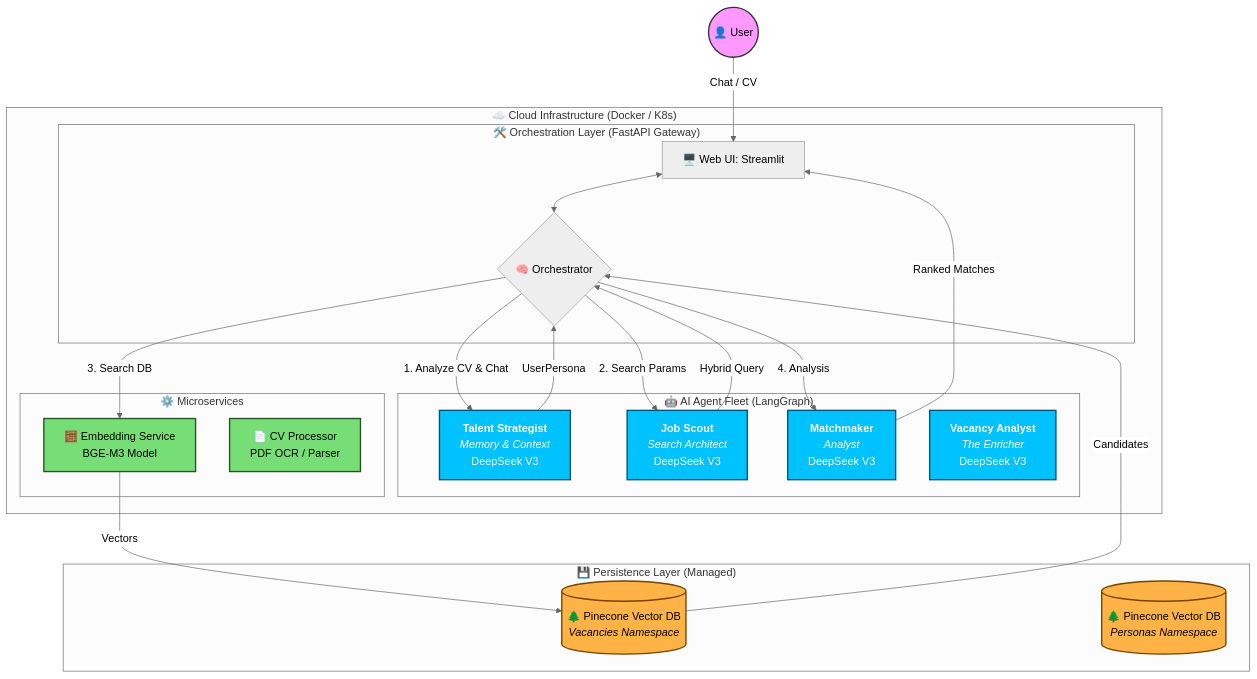
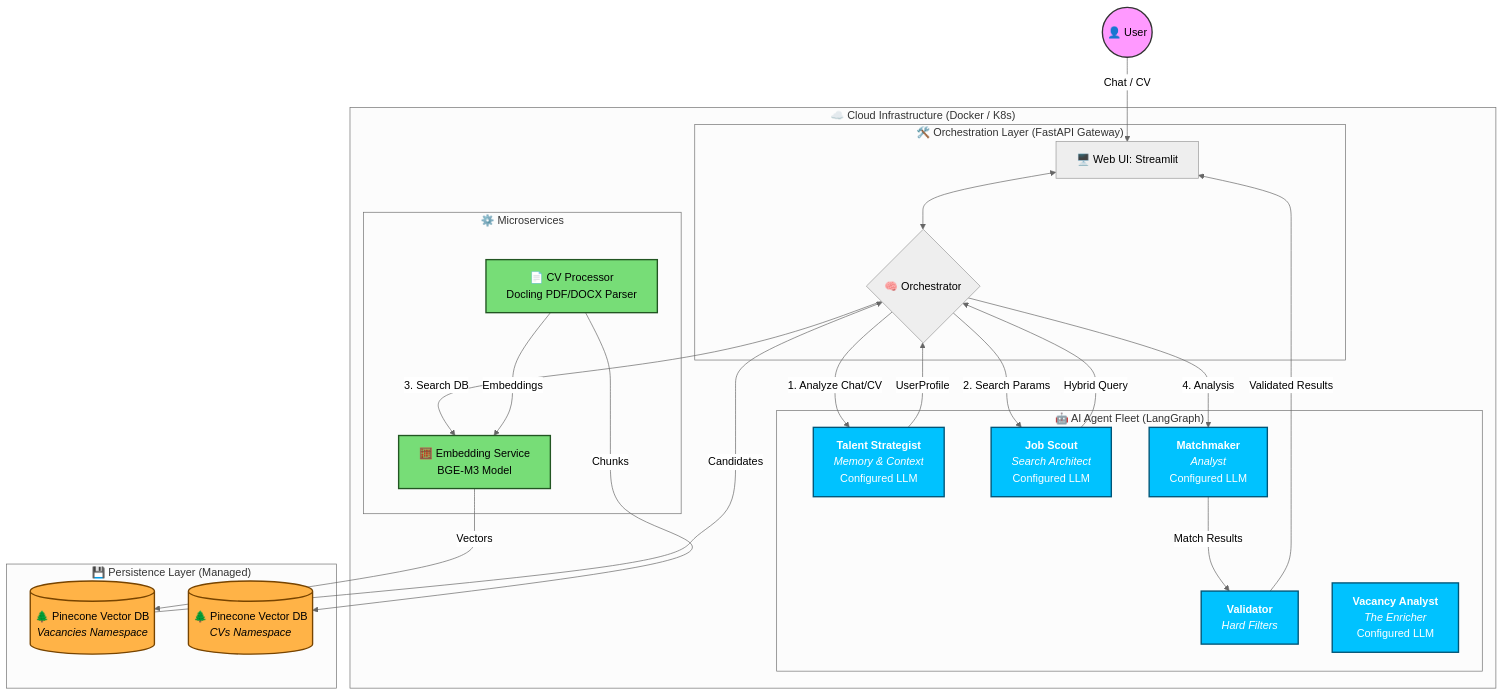
One commit to kkonst-bond-edu/funds-search changed the first of 2 diagrams in README.md. Above: the diagram before and after it, drawn with Mermaid (neutral theme). The commit also changed other lines of this file and 29 other files, not shown here.

````diff
--- a/README.md
+++ b/README.md
@@ -61,50 +68,54 @@
 ```mermaid
 graph TD
     %% Colors and Styles
     classDef user fill:#f9f,stroke:#333,stroke-width:2px;
     classDef agent fill:#00c2ff,stroke:#005577,stroke-width:2px,color:#fff;
     classDef service fill:#77dd77,stroke:#225522,stroke-width:2px;
     classDef database fill:#ffb347,stroke:#774400,stroke-width:2px;
     classDef infrastructure fill:#e1e1e1,stroke:#666,stroke-width:2px,stroke-dasharray: 5 5;
 
     %% Client Side
     USER((👤 User)):::user -->|Chat / CV| UI[🖥️ Web UI: Streamlit]
 
     subgraph "☁️ Cloud Infrastructure (Docker / K8s)"
         
         subgraph "🛠️ Orchestration Layer (FastAPI Gateway)"
             UI <--> HUB{🧠 Orchestrator}
         end
 
         %% Specialized Agents
         subgraph "🤖 AI Agent Fleet (LangGraph)"
-            TS[<b>Talent Strategist</b><br/><i>Memory & Context</i><br/>DeepSeek V3]:::agent
-            JS[<b>Job Scout</b><br/><i>Search Architect</i><br/>DeepSeek V3]:::agent
-            MM[<b>Matchmaker</b><br/><i>Analyst</i><br/>DeepSeek V3]:::agent
-            VA[<b>Vacancy Analyst</b><br/><i>The Enricher</i><br/>DeepSeek V3]:::agent
+            TS[<b>Talent Strategist</b><br/><i>Memory & Context</i><br/>Configured LLM]:::agent
+            JS[<b>Job Scout</b><br/><i>Search Architect</i><br/>Configured LLM]:::agent
+            MM[<b>Matchmaker</b><br/><i>Analyst</i><br/>Configured LLM]:::agent
+            VLD[<b>Validator</b><br/><i>Hard Filters</i>]:::agent
+            VA[<b>Vacancy Analyst</b><br/><i>The Enricher</i><br/>Configured LLM]:::agent
         end
 
         %% Internal Services
         subgraph "⚙️ Microservices"
             EMB[🧮 Embedding Service<br/>BGE-M3 Model]:::service
-            CV[📄 CV Processor<br/>PDF OCR / Parser]:::service
+            CV[📄 CV Processor<br/>Docling PDF/DOCX Parser]:::service
         end
     end
 
     %% Data Storage
     subgraph "💾 Persistence Layer (Managed)"
         PC[(🌲 Pinecone Vector DB<br/><i>Vacancies Namespace</i>)]:::database
-        PC2[(🌲 Pinecone Vector DB<br/><i>Personas Namespace</i>)]:::database
+        PC2[(🌲 Pinecone Vector DB<br/><i>CVs Namespace</i>)]:::database
     end
 
     %% Connections
-    HUB -->|1. Analyze CV & Chat| TS
-    TS -->|UserPersona| HUB
+    HUB -->|1. Analyze Chat/CV| TS
+    TS -->|UserProfile| HUB
     HUB -->|2. Search Params| JS
     JS -->|Hybrid Query| HUB
     HUB -->|3. Search DB| EMB
     EMB -->|Vectors| PC
+    CV -->|Embeddings| EMB
+    CV -->|Chunks| PC2
     PC -->|Candidates| HUB
     HUB -->|4. Analysis| MM
-    MM -->|Ranked Matches| UI
+    MM -->|Match Results| VLD
+    VLD -->|Validated Results| UI
 ```
````
